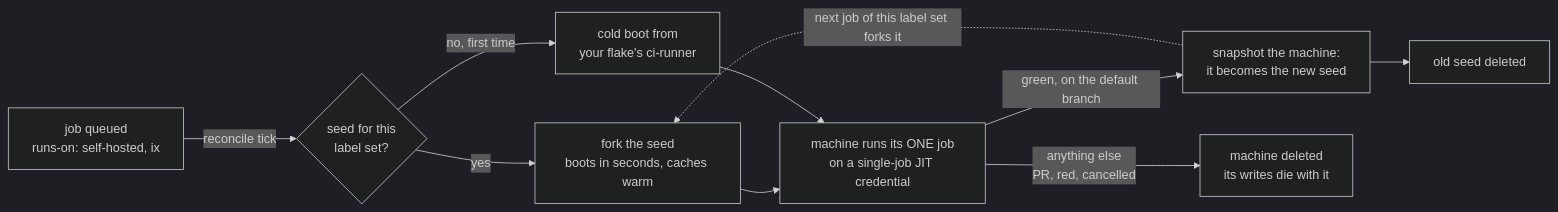
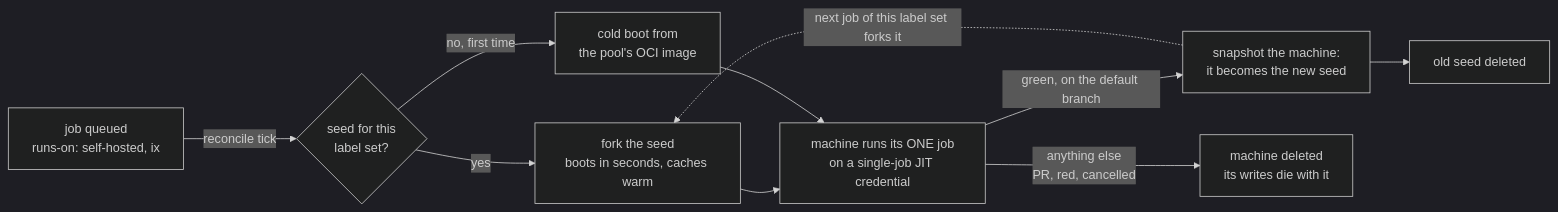
Before and after one commit to indexable-inc/ix-runners: the diagram in README.md, drawn with Mermaid (dark theme). The commit also changed other lines of this file and 31 other files, not shown here.

````diff
--- a/README.md
+++ b/README.md
@@ -37,12 +39,12 @@
 ```mermaid
 flowchart LR
     Q[job queued<br/>runs-on: self-hosted, ix] -->|reconcile tick| S{seed for this<br/>label set?}
     S -->|yes| F[fork the seed<br/>boots in seconds, caches warm]
-    S -->|no, first time| C[cold boot from<br/>your flake's ci-runner]
+    S -->|no, first time| C[cold boot from<br/>the pool's OCI image]
     F --> R[machine runs its ONE job<br/>on a single-job JIT credential]
     C --> R
     R -->|green, on the default branch| P[snapshot the machine:<br/>it becomes the new seed]
     R -->|anything else<br/>PR, red, cancelled| D[machine deleted<br/>its writes die with it]
     P --> D2[old seed deleted]
     P -.->|next job of this label set forks it| F
 ```
````
